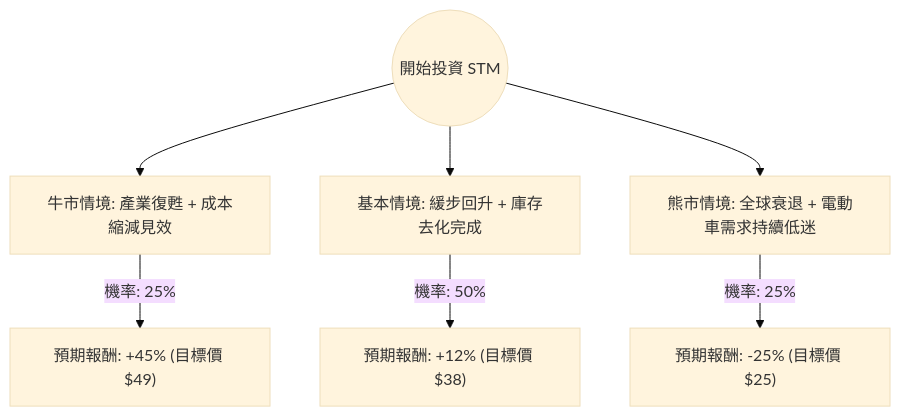
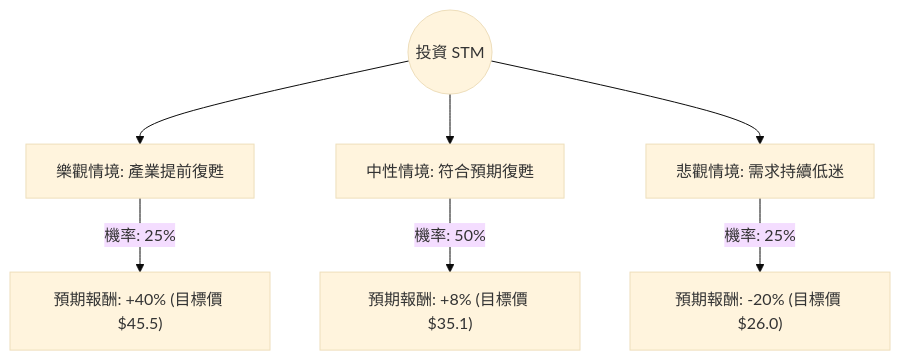
Before and after one commit to zmcx16/zmcx16.github.io: the diagram in plugin-react/ai-analysis/ev-analysis/STM.md, drawn with Mermaid (base theme). The commit also changed other lines of this file and 70 other files, not shown here.

````diff
--- a/plugin-react/ai-analysis/ev-analysis/STM.md
+++ b/plugin-react/ai-analysis/ev-analysis/STM.md
@@ -19,10 +21,10 @@
 ```mermaid
 graph TD
-    Start((開始投資 STM)) --> Bull[牛市情境: 產業復甦 + 成本縮減見效]
-    Start --> Base[基本情境: 緩步回升 + 庫存去化完成]
-    Start --> Bear[熊市情境: 全球衰退 + 電動車需求持續低迷]
+    Start((投資 STM)) --> Bull[樂觀情境: 產業提前復甦]
+    Start --> Base[中性情境: 符合預期復甦]
+    Start --> Bear[悲觀情境: 需求持續低迷]
 
-    Bull -- "機率: 25%" --> BullVal["預期報酬: +45% (目標價 $49)"]
-    Base -- "機率: 50%" --> BaseVal["預期報酬: +12% (目標價 $38)"]
-    Bear -- "機率: 25%" --> BearVal["預期報酬: -25% (目標價 $25)"]
+    Bull -- "機率: 25%" --> BullVal["預期報酬: +40% (目標價 $45.5)"]
+    Base -- "機率: 50%" --> BaseVal["預期報酬: +8% (目標價 $35.1)"]
+    Bear -- "機率: 25%" --> BearVal["預期報酬: -20% (目標價 $26.0)"]
 ```
````
